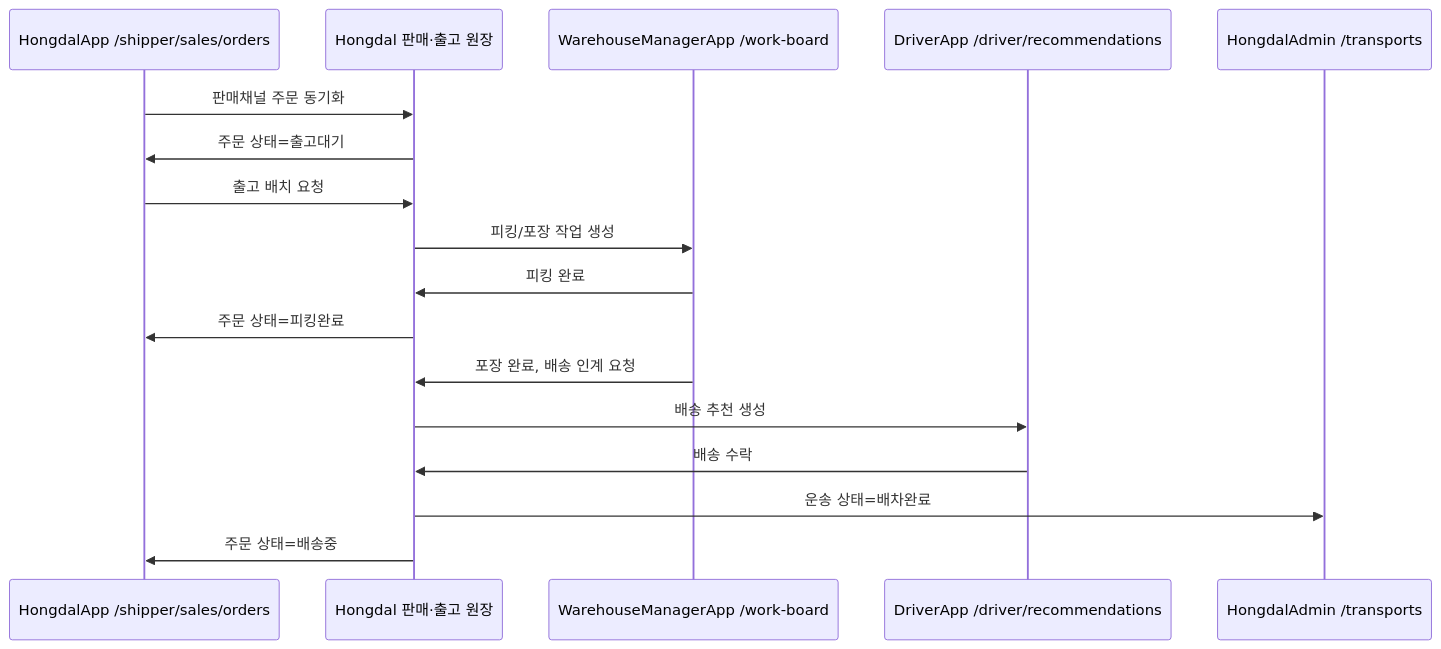
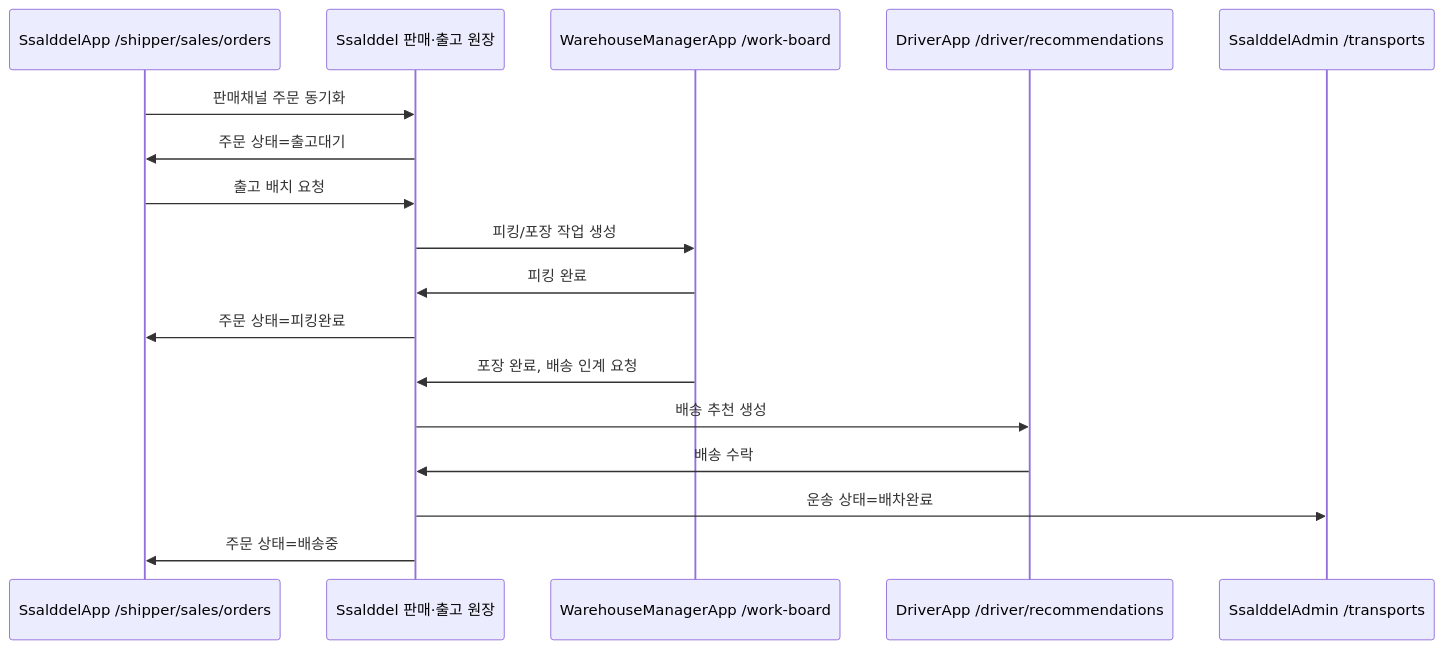
Before and after one commit to cheolwo/hongdal: the sixth of 9 diagrams in docs/ProjectOverview/workflow-app-screen-map.md, drawn with Mermaid. The commit also changed other lines of this file and 6611 other files, not shown here.

Commit message:
refactor: rename Hongdal to Ssalddel

````diff
--- a/docs/ProjectOverview/workflow-app-screen-map.md
+++ b/docs/ProjectOverview/workflow-app-screen-map.md
@@ -195,20 +195,20 @@
 ```mermaid
 sequenceDiagram
-    participant Seller as HongdalApp /shipper/sales/orders
-    participant Server as Hongdal 판매·출고 원장
+    participant Seller as SsalddelApp /shipper/sales/orders
+    participant Server as Ssalddel 판매·출고 원장
     participant Warehouse as WarehouseManagerApp /work-board
     participant Driver as DriverApp /driver/recommendations
-    participant Admin as HongdalAdmin /transports
+    participant Admin as SsalddelAdmin /transports
 
     Seller->>Server: 판매채널 주문 동기화
     Server->>Seller: 주문 상태=출고대기
     Seller->>Server: 출고 배치 요청
     Server->>Warehouse: 피킹/포장 작업 생성
     Warehouse->>Server: 피킹 완료
     Server->>Seller: 주문 상태=피킹완료
     Warehouse->>Server: 포장 완료, 배송 인계 요청
     Server->>Driver: 배송 추천 생성
     Driver->>Server: 배송 수락
     Server->>Admin: 운송 상태=배차완료
     Server->>Seller: 주문 상태=배송중
 ```
````
